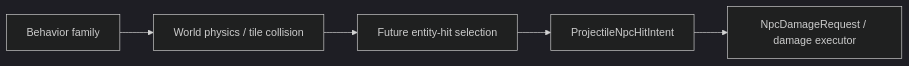
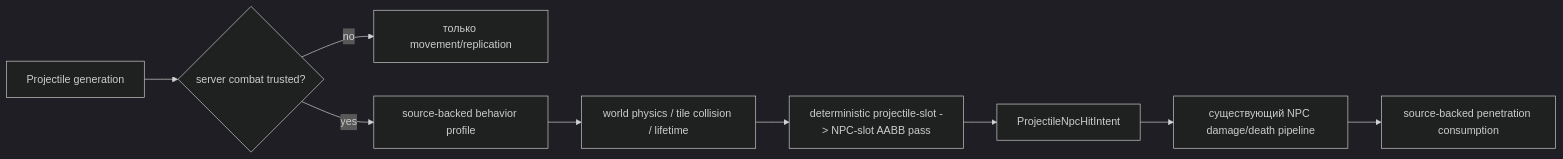
Before and after one commit to VegaKernel/TerraRuntime: the third of 3 diagrams in docs/ru/projectile-behavior-profiles.md, drawn with Mermaid (dark theme). The commit also changed other lines of this file and 30 other files, not shown here.

````diff
--- a/docs/ru/projectile-behavior-profiles.md
+++ b/docs/ru/projectile-behavior-profiles.md
@@ -89,7 +89,11 @@
 ```mermaid
 flowchart LR
-    Behavior["Behavior family"] --> Motion["World physics / tile collision"]
-    Motion --> Target["Future entity-hit selection"]
-    Target --> Intent["ProjectileNpcHitIntent"]
-    Intent --> Damage["NpcDamageRequest / damage executor"]
+    Spawn["Projectile generation"] --> Trust{"server combat trusted?"}
+    Trust -->|no| Sync["только movement/replication"]
+    Trust -->|yes| Behavior["source-backed behavior profile"]
+    Behavior --> Motion["world physics / tile collision / lifetime"]
+    Motion --> NpcPass["deterministic projectile-slot -> NPC-slot AABB pass"]
+    NpcPass --> Intent["ProjectileNpcHitIntent"]
+    Intent --> Damage["существующий NPC damage/death pipeline"]
+    Damage --> Penetration["source-backed penetration consumption"]
 ```
````
